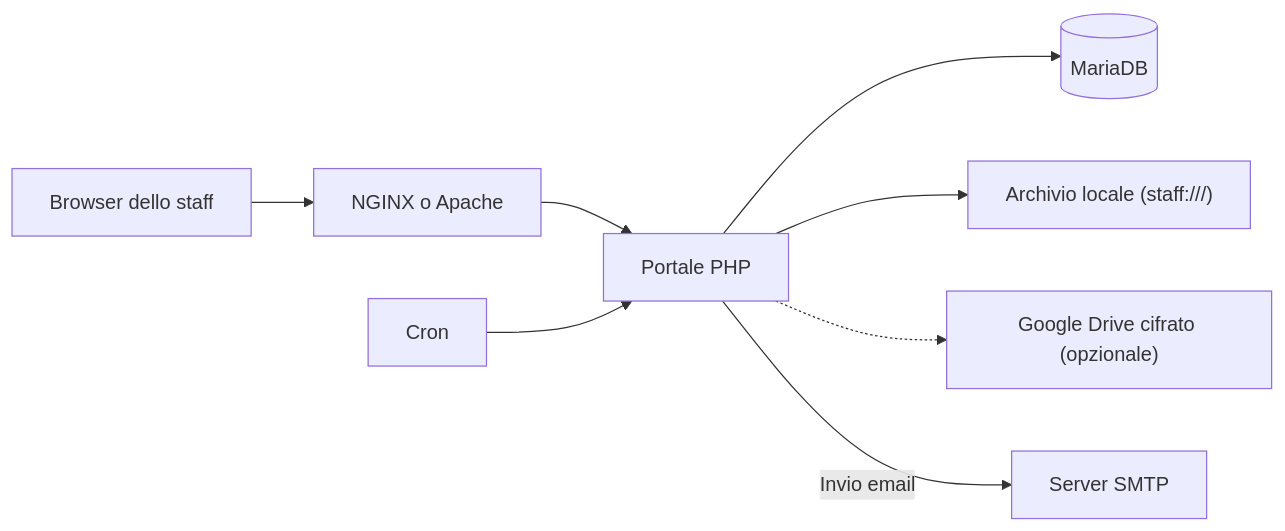
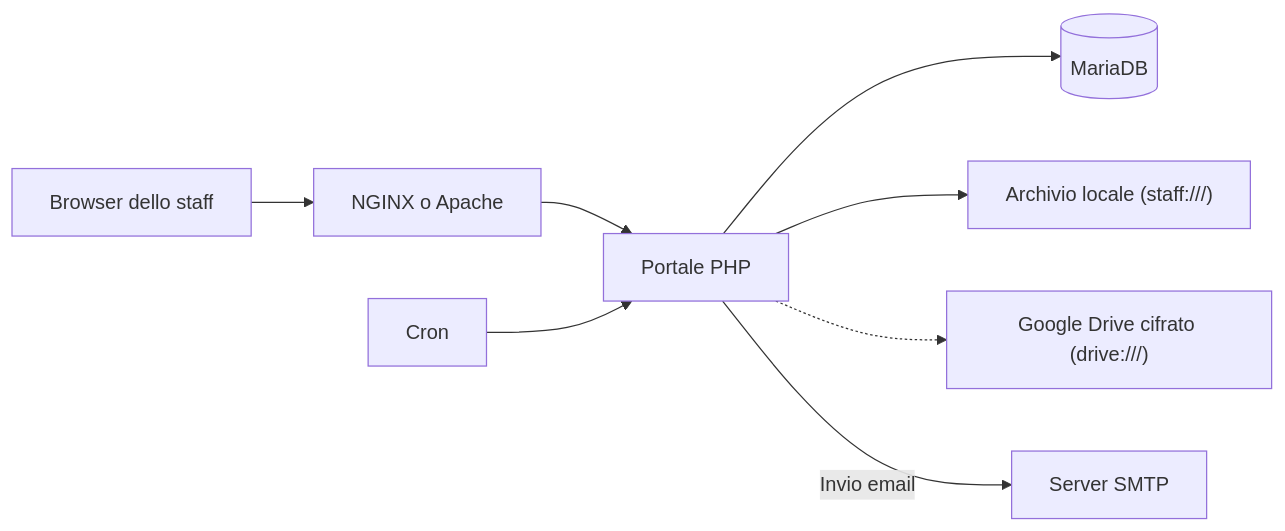
One commit to Amichiamoci/Staff changed the diagram in README.md. Above: the diagram before and after it, drawn with Mermaid. The commit also changed other lines of this file and 3 other files, not shown here.

````diff
--- a/README.md
+++ b/README.md
@@ -23,10 +32,10 @@
 ```mermaid
 flowchart LR
     browser["Browser dello staff"] --> web["NGINX o Apache"]
     web --> app["Portale PHP"]
     cron["Cron"] --> app
     app --> db[(MariaDB)]
     app --> local["Archivio locale (staff:///)"]
-    app -.-> drive["Google Drive cifrato (opzionale)"]
+    app -.-> drive["Google Drive cifrato (drive:///)"]
     app -->|Invio email| smtp["Server SMTP"]
 ```
````
